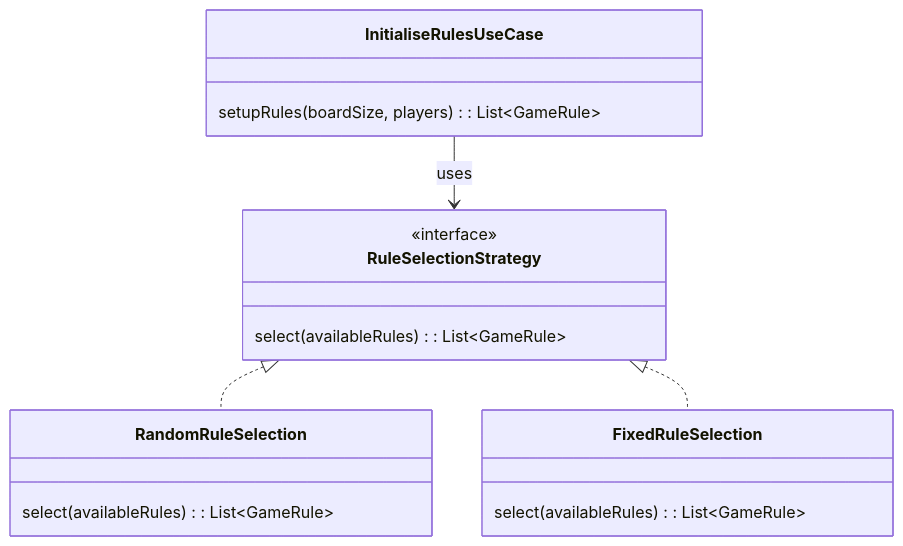
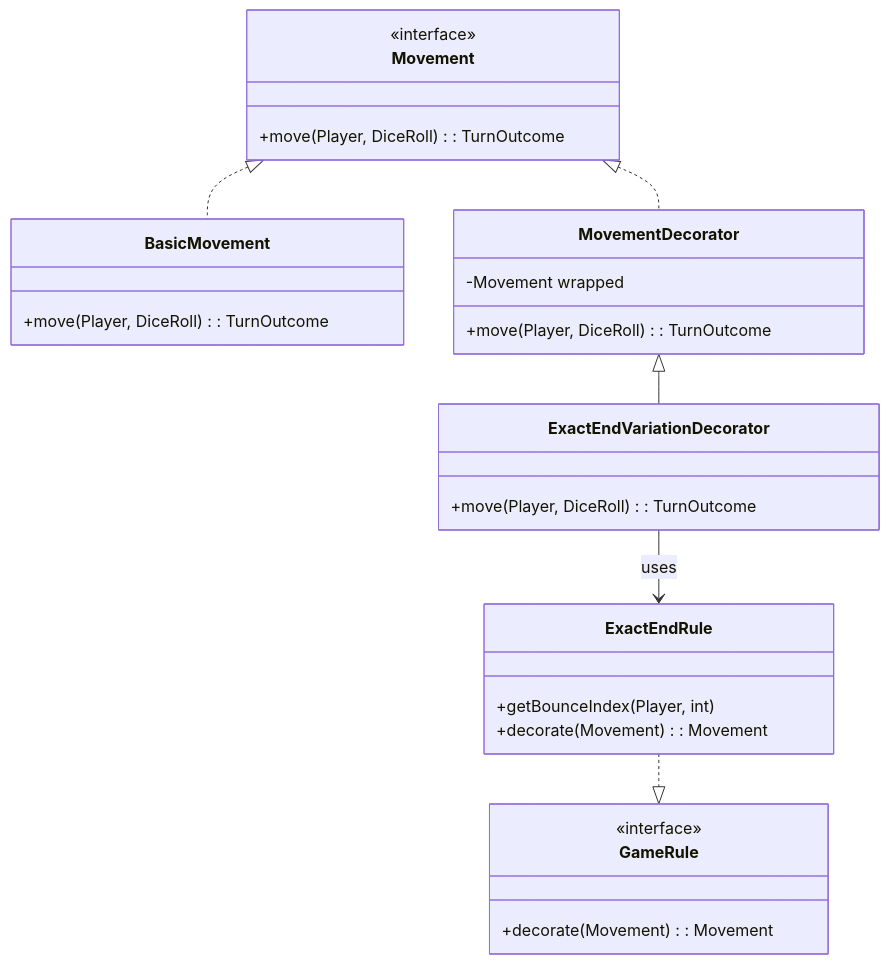
One commit to SirRmelTheThird/HyperJump changed diagram 12 of 30 in README.md. Above: the diagram before and after it, drawn with Mermaid. The commit also changed other lines of this file, not shown here.

````diff
--- a/README.md
+++ b/README.md
@@ -488,23 +465,37 @@
 ```mermaid
 classDiagram
-RuleSelectionStrategy <|.. RandomRuleSelection
-RuleSelectionStrategy <|.. FixedRuleSelection
-InitialiseRulesUseCase --> RuleSelectionStrategy : uses
+    Movement <|.. BasicMovement
+    Movement <|.. MovementDecorator
+    MovementDecorator <|-- ExactEndVariationDecorator
 
-    class RuleSelectionStrategy {
+    ExactEndVariationDecorator --> ExactEndRule : uses
+    ExactEndRule ..|> GameRule
+
+    class Movement {
         <<interface>>
-        select(availableRules): List~GameRule~
+        +move(Player, DiceRoll): TurnOutcome
     }
 
-    class RandomRuleSelection {
-        select(availableRules): List~GameRule~
+    class BasicMovement {
+        +move(Player, DiceRoll): TurnOutcome
     }
 
-    class FixedRuleSelection {
-        select(availableRules): List~GameRule~
+    class MovementDecorator {
+        -Movement wrapped
+        +move(Player, DiceRoll): TurnOutcome
     }
 
-    class InitialiseRulesUseCase {
-        setupRules(boardSize, players): List~GameRule~
+    class ExactEndVariationDecorator {
+        +move(Player, DiceRoll): TurnOutcome
+    }
+
+    class ExactEndRule {
+        +getBounceIndex(Player, int)
+        +decorate(Movement): Movement
+    }
+
+    class GameRule {
+        <<interface>>
+        +decorate(Movement): Movement
     }
 ```
````
